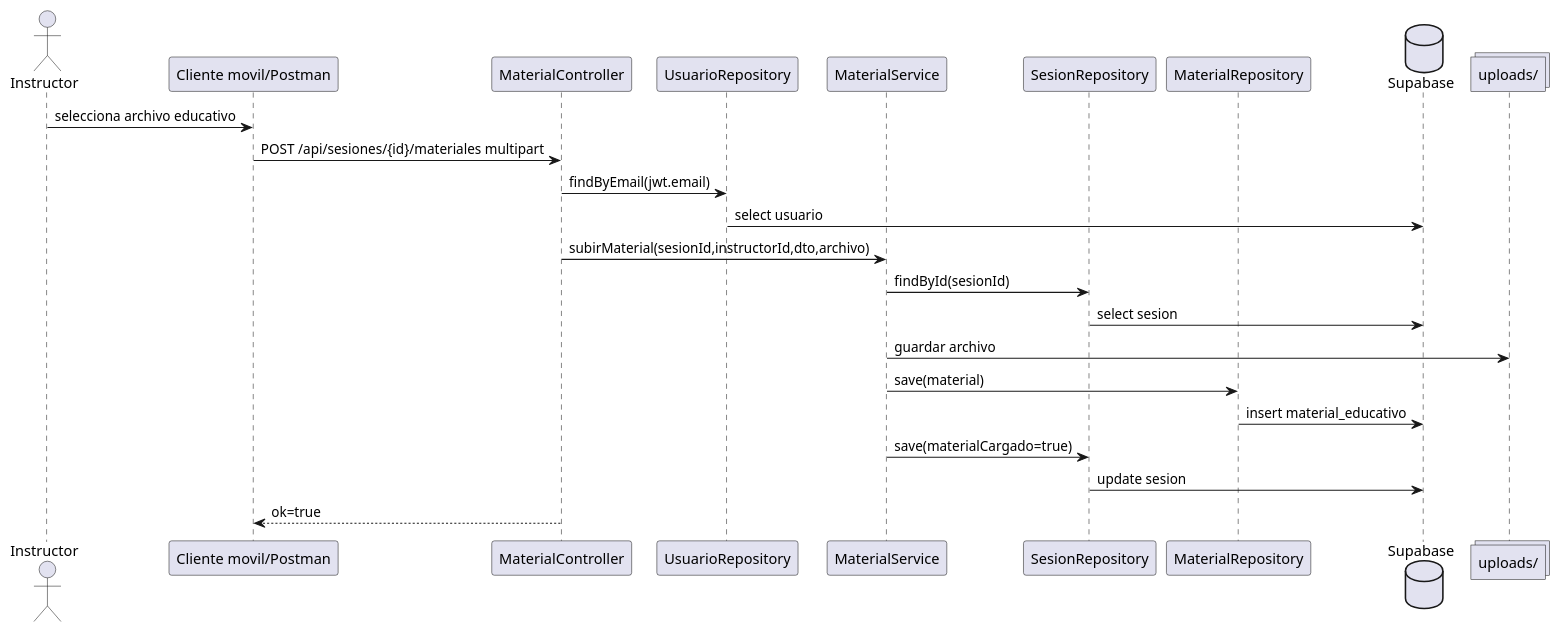
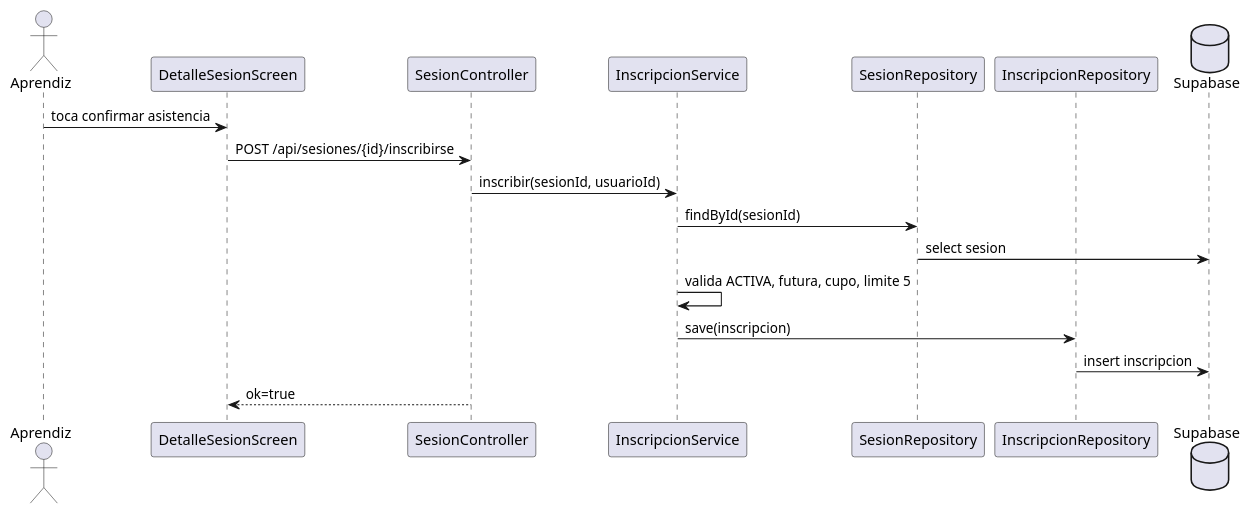
Diagram 14 of 19 in docs/analisis_release1_y_diagramas.md (GioVxsquez/SkillSharing-IS2), drawn with PlantUML before and after one commit. The commit also changed other lines of this file and 3 other files, not shown here.

Commit message:
actualiza frontend y diagramas del release 1

````diff
--- a/docs/analisis_release1_y_diagramas.md
+++ b/docs/analisis_release1_y_diagramas.md
@@ -442,27 +653,21 @@
 ```plantuml
 @startuml
-actor Instructor
-participant "Cliente movil/Postman" as app
-participant "MaterialController" as controller
-participant "UsuarioRepository" as userRepo
-participant "MaterialService" as service
+actor Aprendiz
+participant "DetalleSesionScreen" as app
+participant "SesionController" as ctrl
+participant "InscripcionService" as service
 participant "SesionRepository" as sesionRepo
-participant "MaterialRepository" as materialRepo
+participant "InscripcionRepository" as insRepo
 database "Supabase" as db
-collections "uploads/" as storage
 
-Instructor -> app : selecciona archivo educativo
-app -> controller : POST /api/sesiones/{id}/materiales multipart
-controller -> userRepo : findByEmail(jwt.email)
-userRepo -> db : select usuario
-controller -> service : subirMaterial(sesionId,instructorId,dto,archivo)
+Aprendiz -> app : toca confirmar asistencia
+app -> ctrl : POST /api/sesiones/{id}/inscribirse
+ctrl -> service : inscribir(sesionId, usuarioId)
 service -> sesionRepo : findById(sesionId)
 sesionRepo -> db : select sesion
-service -> storage : guardar archivo
-service -> materialRepo : save(material)
-materialRepo -> db : insert material_educativo
-service -> sesionRepo : save(materialCargado=true)
-sesionRepo -> db : update sesion
-controller --> app : ok=true
+service -> service : valida ACTIVA, futura, cupo, limite 5
+service -> insRepo : save(inscripcion)
+insRepo -> db : insert inscripcion
+ctrl --> app : ok=true
 @enduml
 ```
````
